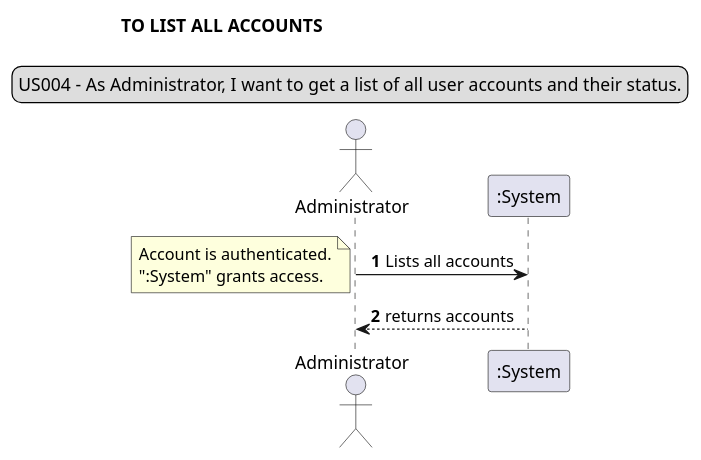
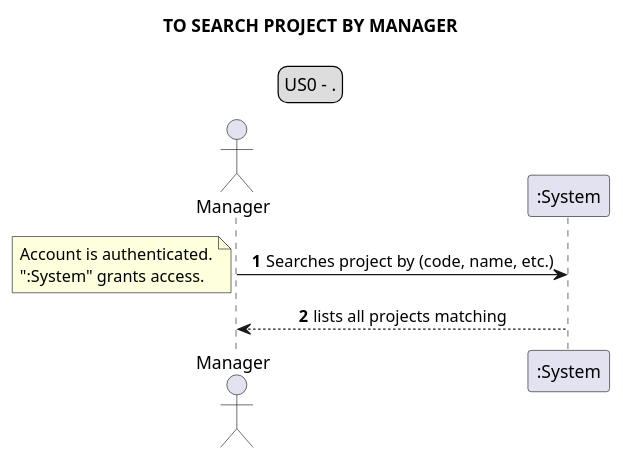
One commit to Loracline/project_switch_22-23 changed the fourth of 23 diagrams in docs/requirements_gathering/system_sequence_diagrams/systemSequenceDiagram.puml. Above: the diagram before and after it, drawn with PlantUML. The commit also changed other lines of this file and 23 other files, not shown here.

```diff
--- a/docs/requirements_gathering/system_sequence_diagrams/systemSequenceDiagram.puml
+++ b/docs/requirements_gathering/system_sequence_diagrams/systemSequenceDiagram.puml
@@ -57,15 +49,15 @@
 @startuml
+legend top
+US0 - .
+end legend
 skinparam sequenceMessageAlign center
-title TO LIST ALL ACCOUNTS
-legend top
-US004 - As Administrator, I want to get a list of all user accounts and their status.
-end legend
-actor Administrator
+title TO SEARCH PROJECT BY MANAGER
+actor "Manager"
 autonumber
-Administrator -> ":System": Lists all accounts
+"Manager" -> ":System": Searches project by (code, name, etc.)
 note left
 Account is authenticated.
 ":System" grants access.
 end note
-":System" --> Administrator: returns accounts
+"Manager" <-- ":System": lists all projects matching
 @enduml
```
